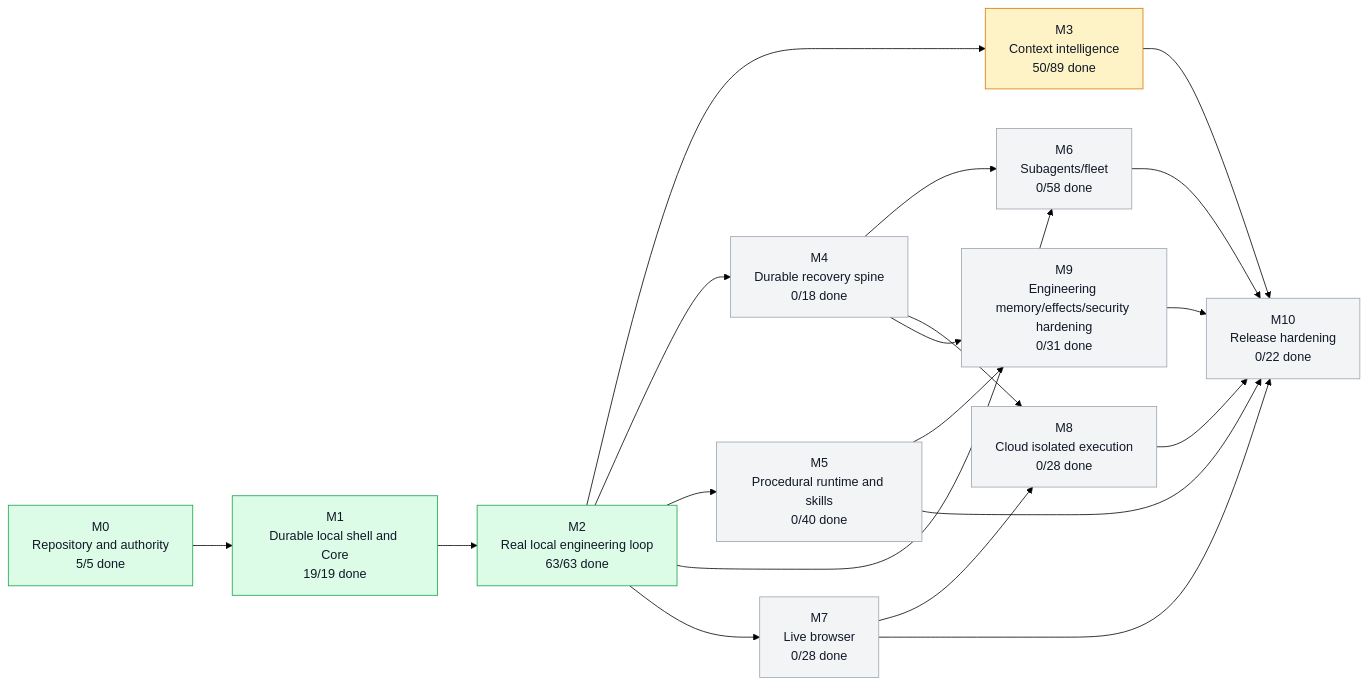
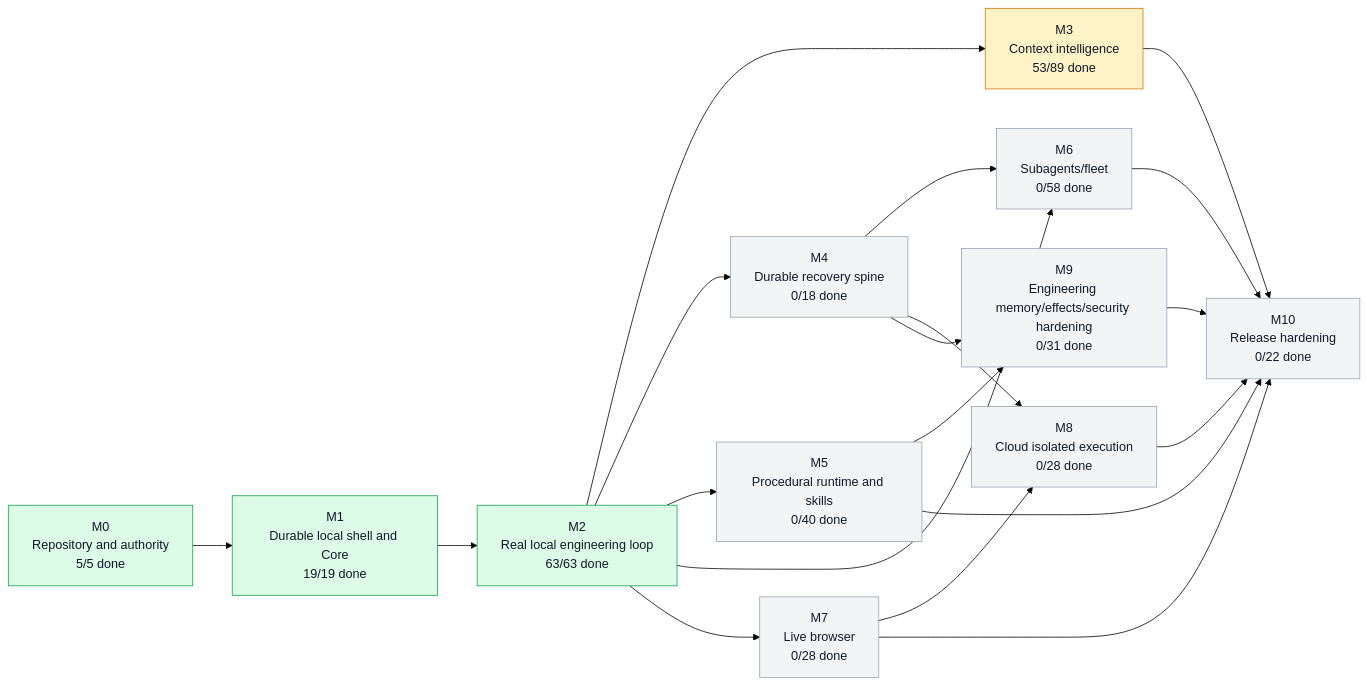
One commit to moss101/modbit changed the first of 5 diagrams in graph/PROJECT_GRAPH.md. Above: the diagram before and after it, drawn with Mermaid (forest theme). The commit also changed other lines of this file and 12 other files, not shown here.

````diff
--- a/graph/PROJECT_GRAPH.md
+++ b/graph/PROJECT_GRAPH.md
@@ -57,43 +57,43 @@
 ```mermaid
 flowchart LR
   M0["M0<br/>Repository and authority<br/>5/5 done"]
   M1["M1<br/>Durable local shell and Core<br/>19/19 done"]
   M2["M2<br/>Real local engineering loop<br/>63/63 done"]
-  M3["M3<br/>Context intelligence<br/>50/89 done"]
+  M3["M3<br/>Context intelligence<br/>53/89 done"]
   M4["M4<br/>Durable recovery spine<br/>0/18 done"]
   M5["M5<br/>Procedural runtime and skills<br/>0/40 done"]
   M6["M6<br/>Subagents/fleet<br/>0/58 done"]
   M7["M7<br/>Live browser<br/>0/28 done"]
   M8["M8<br/>Cloud isolated execution<br/>0/28 done"]
   M9["M9<br/>Engineering memory/effects/security hardening<br/>0/31 done"]
   M10["M10<br/>Release hardening<br/>0/22 done"]
   M0 --> M1
   M1 --> M2
   M2 --> M3
   M2 --> M4
   M2 --> M5
   M2 --> M6
   M4 --> M6
   M2 --> M7
   M4 --> M8
   M7 --> M8
   M4 --> M9
   M5 --> M9
   M3 --> M10
   M5 --> M10
   M6 --> M10
   M7 --> M10
   M8 --> M10
   M9 --> M10
   style M0 fill:#dcfce7,stroke:#16a34a,color:#111827
   style M1 fill:#dcfce7,stroke:#16a34a,color:#111827
   style M2 fill:#dcfce7,stroke:#16a34a,color:#111827
   style M3 fill:#fef3c7,stroke:#d97706,color:#111827
   style M4 fill:#f3f4f6,stroke:#9ca3af,color:#111827
   style M5 fill:#f3f4f6,stroke:#9ca3af,color:#111827
   style M6 fill:#f3f4f6,stroke:#9ca3af,color:#111827
   style M7 fill:#f3f4f6,stroke:#9ca3af,color:#111827
   style M8 fill:#f3f4f6,stroke:#9ca3af,color:#111827
   style M9 fill:#f3f4f6,stroke:#9ca3af,color:#111827
   style M10 fill:#f3f4f6,stroke:#9ca3af,color:#111827
 ```
````
